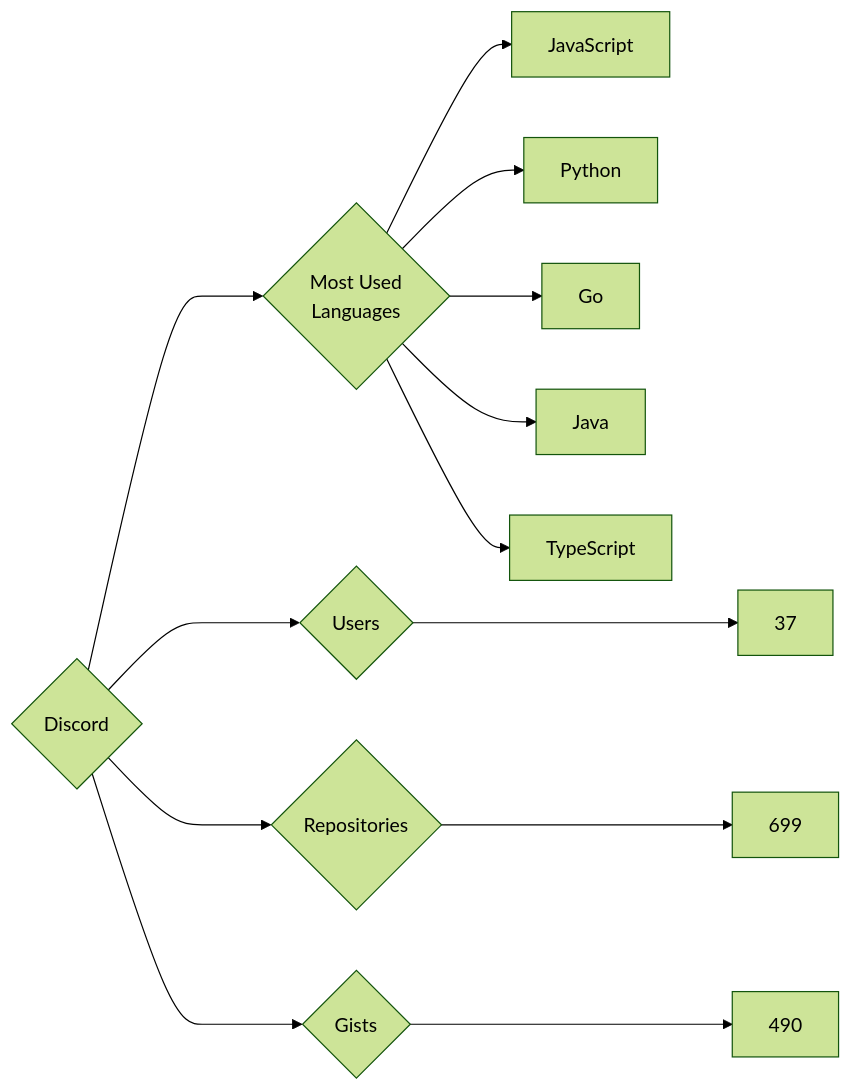
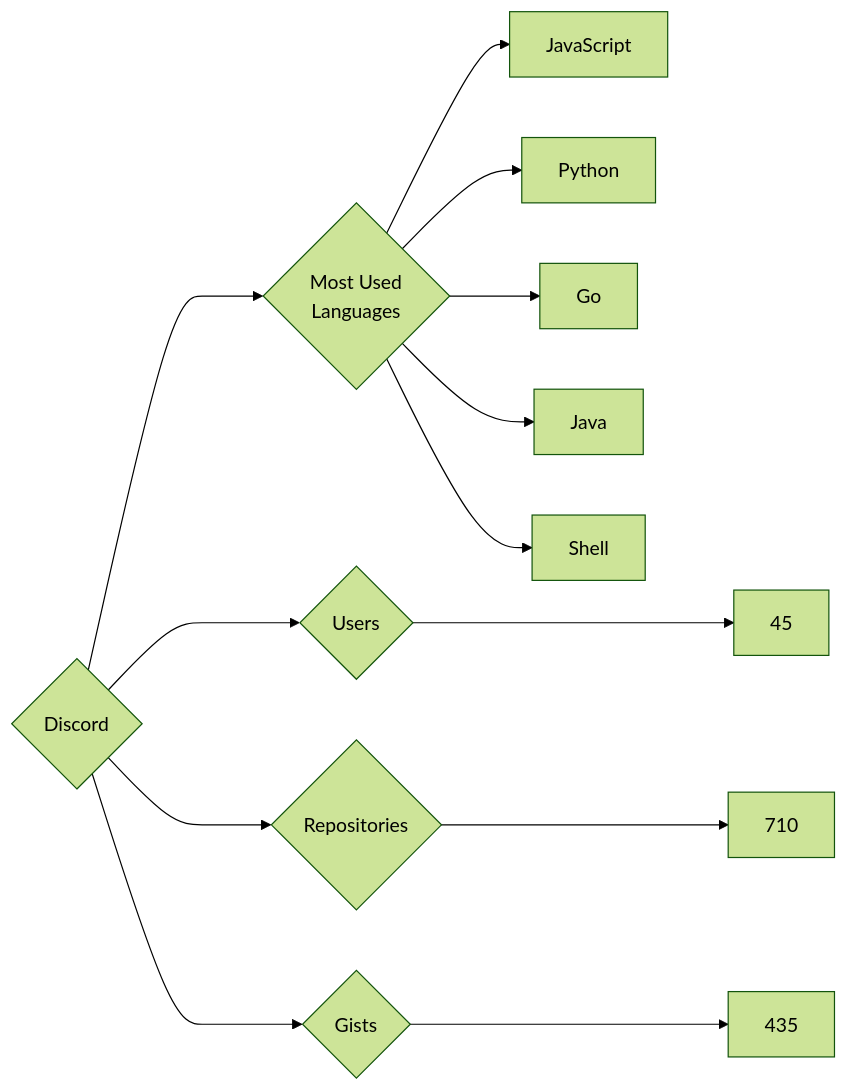
Before and after one commit to trickest/insiders: the diagram in targets/Discord/README.md, drawn with Mermaid (forest theme). The commit also changed 786 other files, not shown here.

````diff
--- a/targets/Discord/README.md
+++ b/targets/Discord/README.md
@@ -3,13 +3,13 @@
 ```mermaid
 graph LR
 COMPANY_NAME{Discord}
-COMPANY_NAME ---> U{Users} ---> UN[37]
-COMPANY_NAME ---> R{Repositories} ---> RN[699]
-COMPANY_NAME ---> G{Gists} ---> GN[490]
+COMPANY_NAME ---> U{Users} ---> UN[45]
+COMPANY_NAME ---> R{Repositories} ---> RN[710]
+COMPANY_NAME ---> G{Gists} ---> GN[435]
 COMPANY_NAME ---> ML{Most Used<br>Languages}
 ML --> JavaScript[JavaScript]
 ML --> Python[Python]
 ML --> Go[Go]
 ML --> Java[Java]
-ML --> TypeScript[TypeScript]
+ML --> Shell[Shell]
 ```
````
